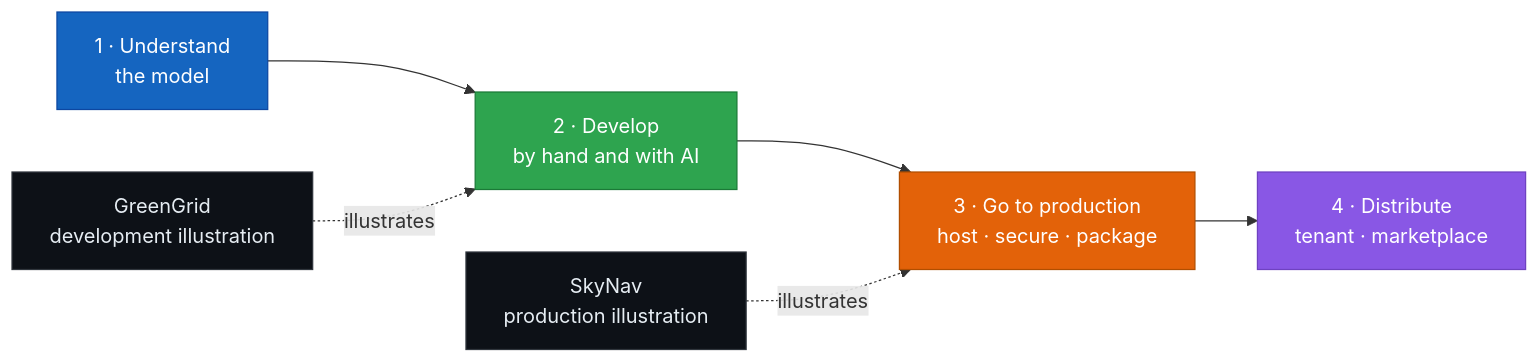
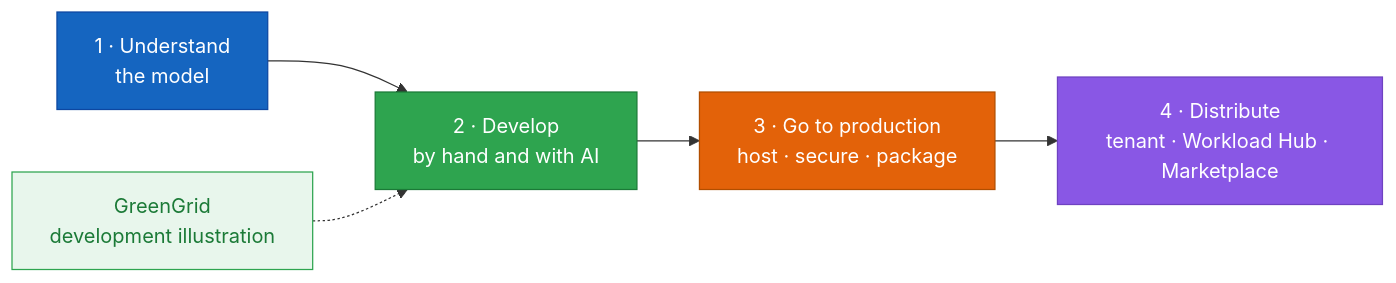
Before and after one commit to fredgis/BookWorkload: the diagram in README.md, drawn with Mermaid. The commit also changed other lines of this file and 8 other files, not shown here.

````diff
--- a/README.md
+++ b/README.md
@@ -34,20 +38,19 @@
 ```mermaid
 flowchart LR
   U["1 · Understand<br/>the model"]
   D["2 · Develop<br/>by hand and with AI"]
   P["3 · Go to production<br/>host · secure · package"]
-  X["4 · Distribute<br/>tenant · marketplace"]
+  X["4 · Distribute<br/>tenant · Workload Hub · Marketplace"]
   U --> D --> P --> X
-  GG["GreenGrid<br/>development illustration"] -. illustrates .-> D
-  SN["SkyNav<br/>production illustration"] -. illustrates .-> P
+  GG["GreenGrid<br/>development illustration"] -.-> D
   classDef u fill:#1565c0,stroke:#0d47a1,color:#fff;
   classDef d fill:#2ea44f,stroke:#1b7a37,color:#fff;
   classDef p fill:#e36209,stroke:#b14e00,color:#fff;
   classDef x fill:#8957e5,stroke:#6f42c1,color:#fff;
-  classDef s fill:#0d1117,stroke:#30363d,color:#e6edf3;
+  classDef s fill:#e8f6ec,stroke:#2ea44f,color:#1b7a37;
   class U u
   class D d
   class P p
   class X x
-  class GG,SN s
+  class GG s
 ```
````
